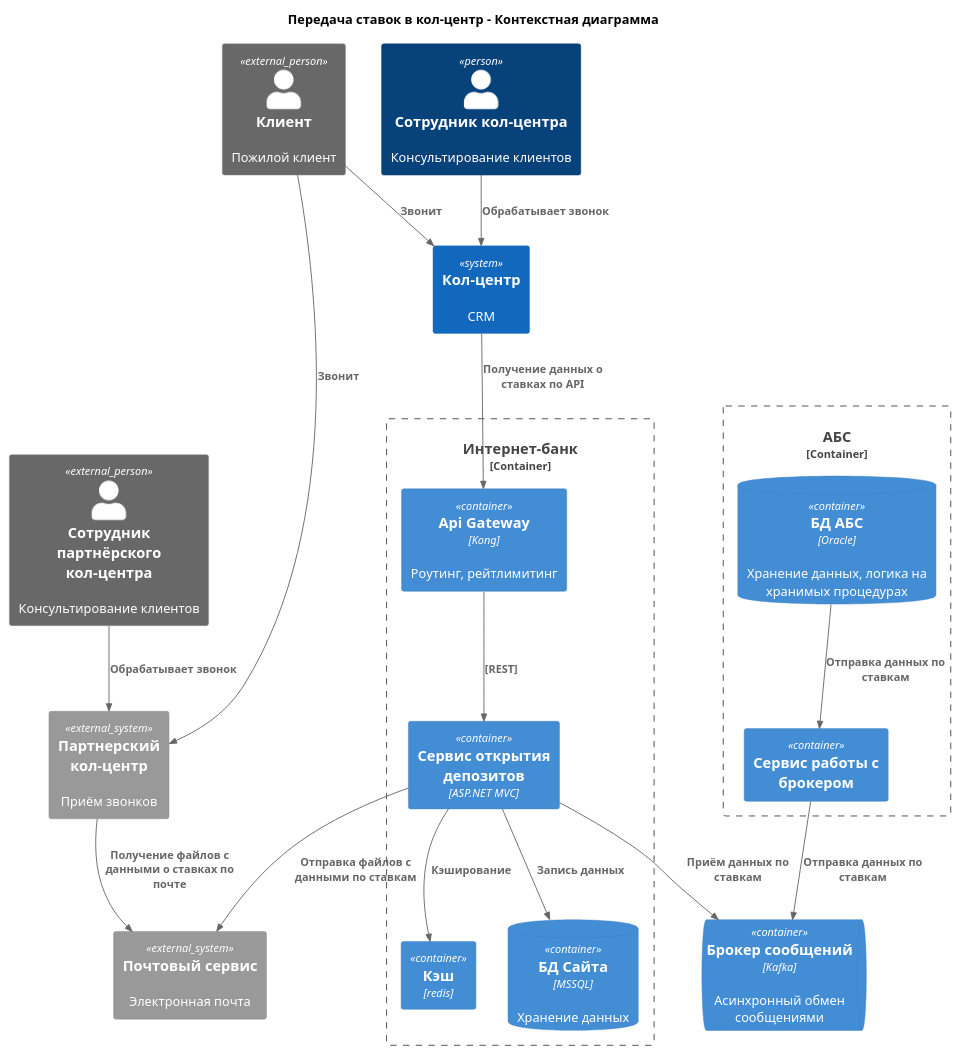
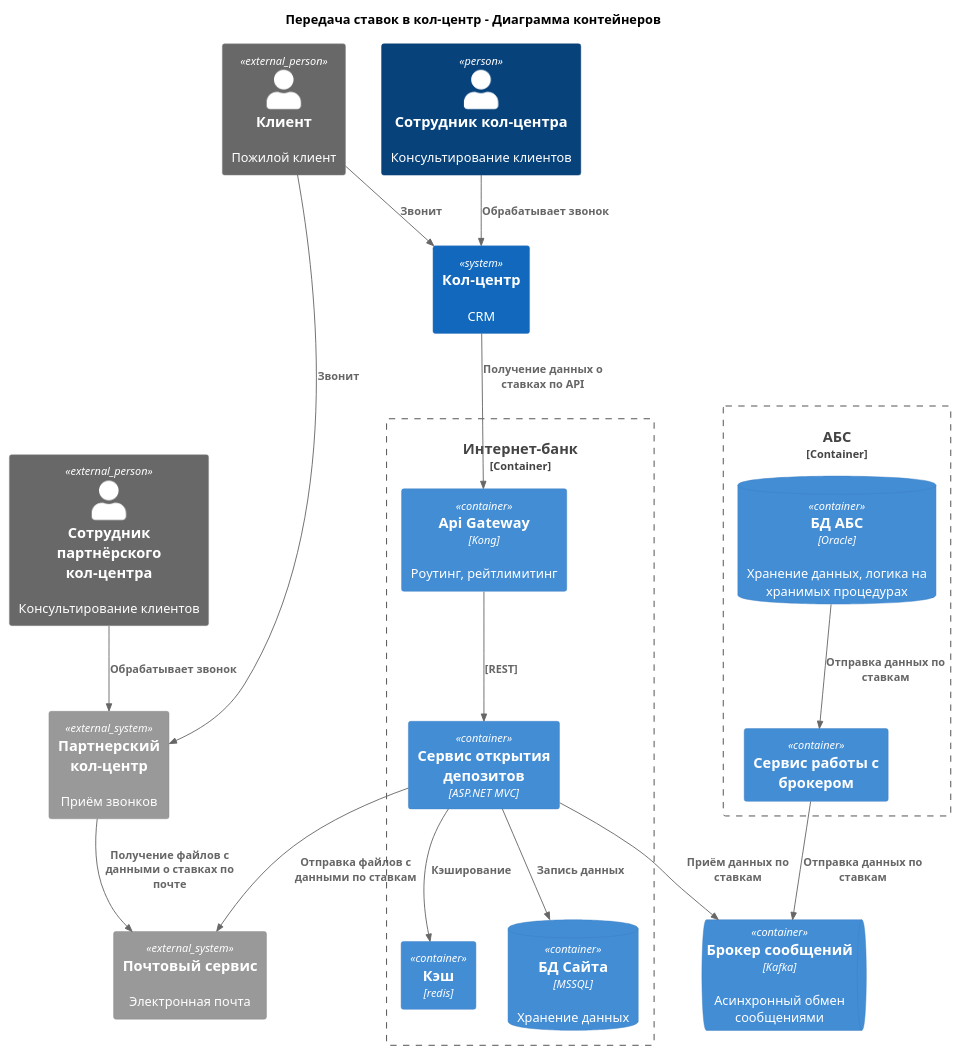
Before and after one commit to RasskazovR/architecture-standart: the diagram in Task4/Контейнер.puml, drawn with PlantUML. The commit also changed 3 other files, not shown here.

Commit message:
fix diagram titles

```diff
--- a/Task4/Контейнер.puml
+++ b/Task4/Контейнер.puml
@@ -1,55 +1,55 @@
 @startuml
-title Передача ставок в кол-центр - Контекстная диаграмма
+title Передача ставок в кол-центр - Диаграмма контейнеров
 
 top to bottom direction
 
 !includeurl https://raw.githubusercontent.com/plantuml-stdlib/C4-PlantUML/refs/heads/master/C4_Container.puml
 
 Person_Ext(customer, "Клиент", "Пожилой клиент")
 Person_Ext(extCcEmployee, "Сотрудник партнёрского кол-центра", "Консультирование клиентов")
 Person(ccEmployee, "Сотрудник кол-центра", "Консультирование клиентов")
 
 System(cc, "Кол-центр", "CRM")
 System_Ext(ссExt, "Партнерский кол-центр", "Приём звонков", "")
 System_Ext(ссExt, "Партнерский кол-центр", "Приём звонков", "")
 System_Ext(email, "Почтовый сервис", "Электронная почта", "")
 
 Container_Boundary(abs, "АБС") {
     ContainerDb(absDb, "БД АБС", "Oracle", "Хранение данных, логика на хранимых процедурах")
     Container(absBrokerIntegration, "Сервис работы с брокером", "")
 }
 
 ContainerQueue(broker, "Брокер сообщений", "Kafka", "Асинхронный обмен сообщениями")
 
 Container_Boundary(internetBank, "Интернет-банк") {
     Container(apiGateway, "Api Gateway", "Kong", "Роутинг, рейтлимитинг")
     Container(depositService, "Сервис открытия депозитов", "ASP.NET MVC", "")
     Container(cache, "Кэш", "redis")
     ContainerDb(siteDb, "БД Сайта", "MSSQL", "Хранение данных")
 }
 
 
 Rel(absDb, absBrokerIntegration, "Отправка данных по ставкам")
 Rel(absBrokerIntegration, broker, "Отправка данных по ставкам")
 
 
 Rel(apiGateway, depositService, "[REST]",)
 
 Rel(depositService, siteDb, "Запись данных")
 Rel(depositService, broker, "Приём данных по ставкам")
 Rel(depositService, cache, "Кэширование")
 
 
 
 Rel(customer, cc, "Звонит")
 Rel(customer, ссExt, "Звонит")
 
 Rel(cc, apiGateway, "Получение данных о ставках по API")
 Rel(ссExt, email, "Получение файлов с данными о ставках по почте")
 
 Rel(ccEmployee, cc, "Обрабатывает звонок")
 Rel(extCcEmployee, ссExt, "Обрабатывает звонок")
 
 Rel(depositService, email, "Отправка файлов с данными по ставкам")
 
 @enduml
```
